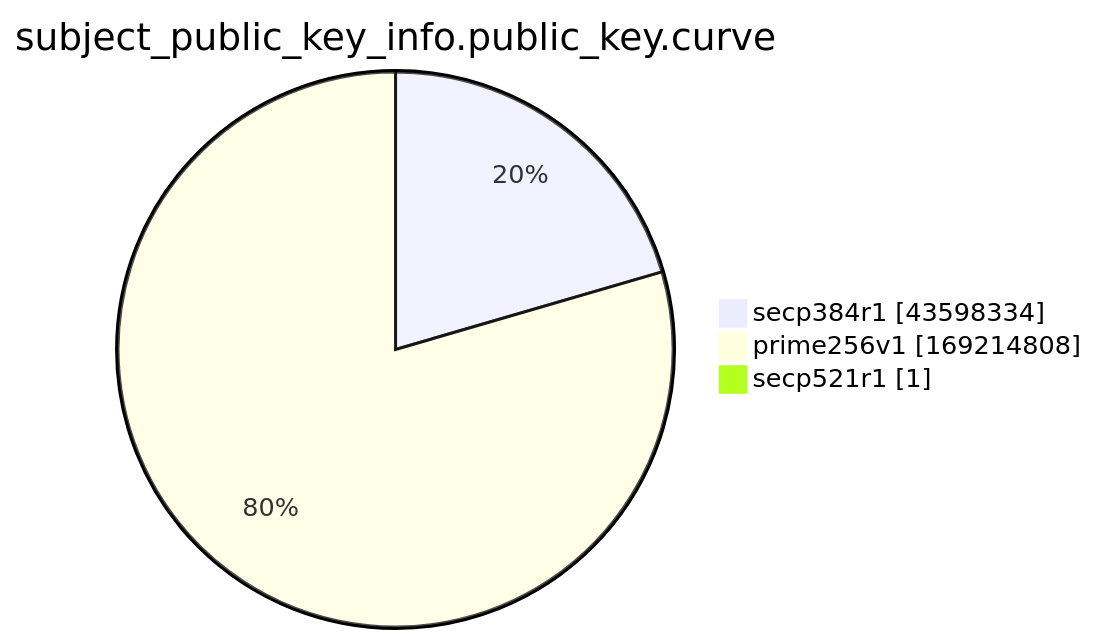
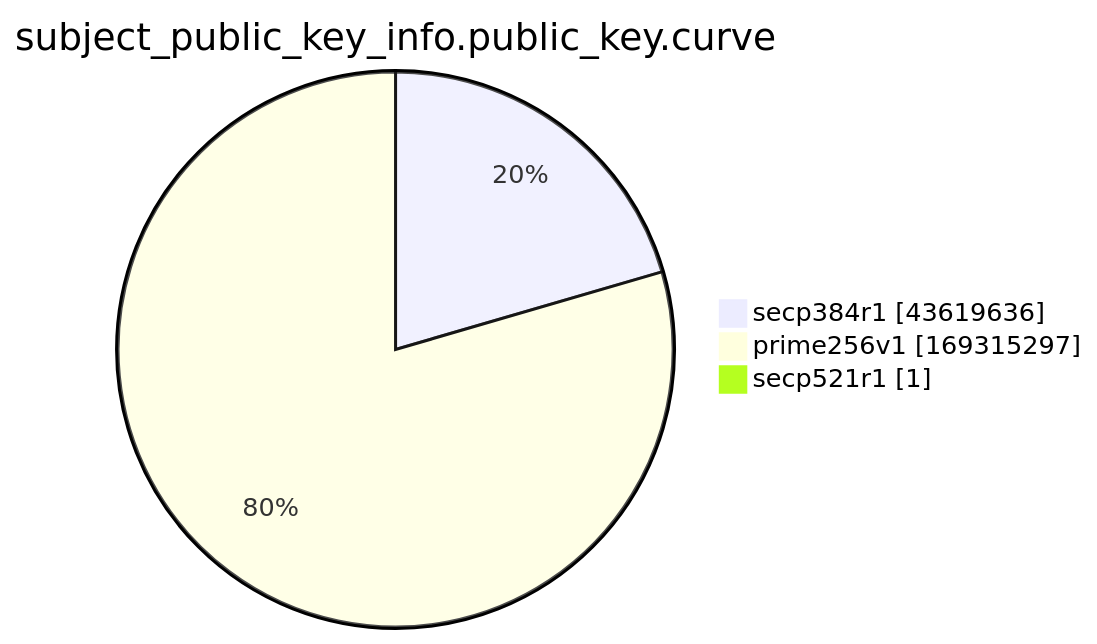
One commit to christiankrug/ctmonitor_visualization changed the ninth of 15 diagrams in xenon2022/README.md. Above: the diagram before and after it, drawn with Mermaid. The commit also changed other lines of this file, not shown here.

````diff
--- a/xenon2022/README.md
+++ b/xenon2022/README.md
@@ -2870,7 +2870,7 @@
 ```mermaid
 pie showData
 title subject_public_key_info.public_key.curve
-"secp384r1" :43598334
-"prime256v1" :169214808
+"secp384r1" :43619636
+"prime256v1" :169315297
 "secp521r1" :1
 ```
````
